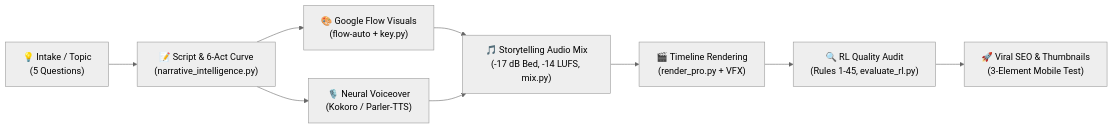
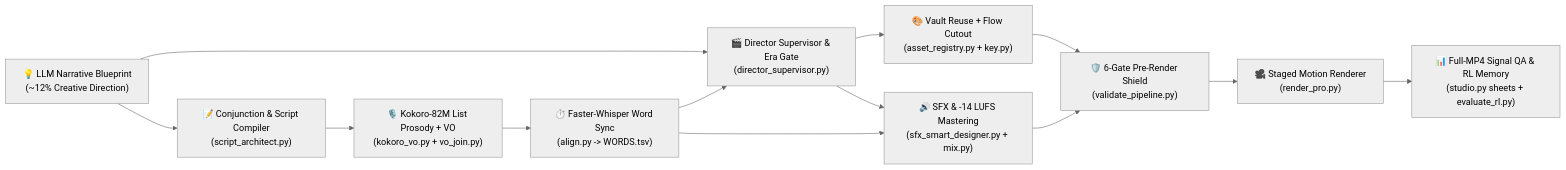
Before and after one commit to Ahmeds-Library/stickman-animation-engine: the diagram in README.md, drawn with Mermaid (neutral theme). The commit also changed other lines of this file and 459 other files, not shown here.

First line of the commit message:
feat(v4.0): machine-first documentary engine, director supervisor, 316-sticker vault, slow staged cards, list prosody & full-MP4 signal QA

````diff
--- a/README.md
+++ b/README.md
@@ -20,10 +22,12 @@
 ```mermaid
 flowchart LR
-    A["💡 Intake / Topic<br/>(5 Questions)"] --> B["📝 Script & 6-Act Curve<br/>(narrative_intelligence.py)"]
-    B --> C["🎨 Google Flow Visuals<br/>(flow-auto + key.py)"]
-    B --> D["🎙️ Neural Voiceover<br/>(Kokoro / Parler-TTS)"]
-    C & D --> E["🎵 Storytelling Audio Mix<br/>(-17 dB Bed, -14 LUFS, mix.py)"]
-    E --> F["🎬 Timeline Rendering<br/>(render_pro.py + VFX)"]
-    F --> G["🔍 RL Quality Audit<br/>(Rules 1-45, evaluate_rl.py)"]
-    G --> H["🚀 Viral SEO & Thumbnails<br/>(3-Element Mobile Test)"]
+    A["💡 LLM Narrative Blueprint<br/>(~12% Creative Direction)"] --> B["📝 Conjunction & Script Compiler<br/>(script_architect.py)"]
+    B --> C["🎙️ Kokoro-82M List Prosody + VO<br/>(kokoro_vo.py + vo_join.py)"]
+    C --> D["⏱️ Faster-Whisper Word Sync<br/>(align.py -> WORDS.tsv)"]
+    A & D --> E["🎬 Director Supervisor & Era Gate<br/>(director_supervisor.py)"]
+    E --> F["🎨 Vault Reuse + Flow Cutout<br/>(asset_registry.py + key.py)"]
+    E & D --> G["🔊 SFX & -14 LUFS Mastering<br/>(sfx_smart_designer.py + mix.py)"]
+    F & G --> H["🛡️ 6-Gate Pre-Render Shield<br/>(validate_pipeline.py)"]
+    H --> I["🎥 Staged Motion Renderer<br/>(render_pro.py)"]
+    I --> J["📊 Full-MP4 Signal QA & RL Memory<br/>(studio.py sheets + evaluate_rl.py)"]
 ```
````
